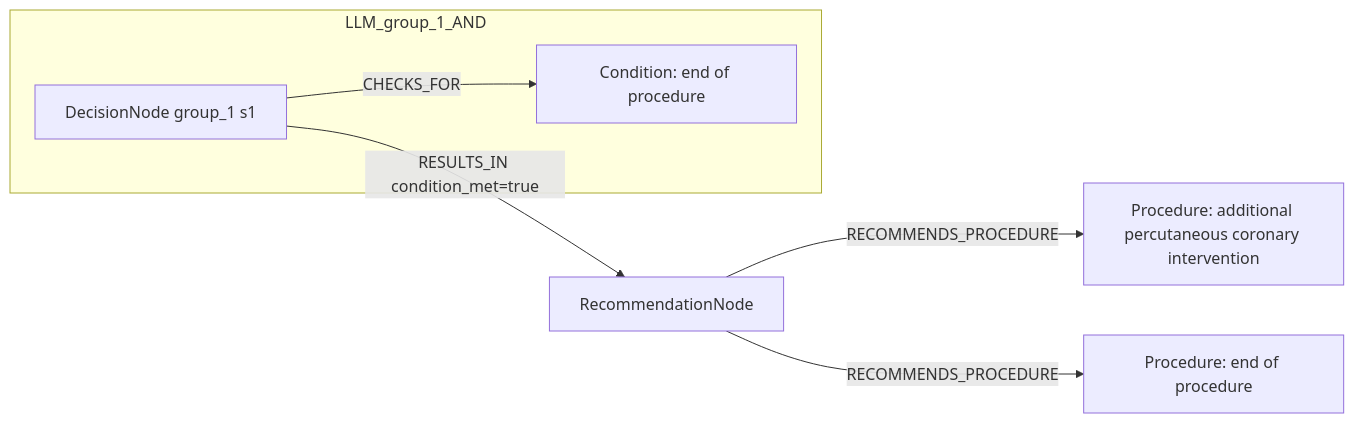
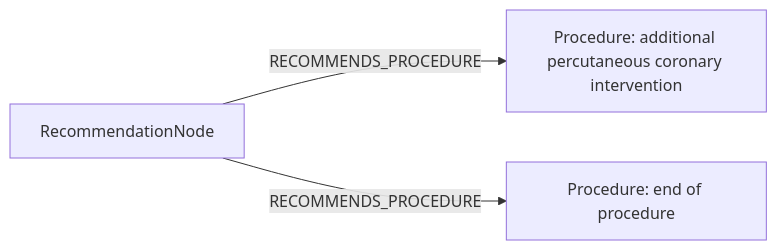
The second of 2 diagrams in docs/table22_rows_comparison/row_19.md (dieterich-lab/CardioGuidelinesGraph), drawn with Mermaid before and after one commit. The commit also changed other lines of this file and 20 other files, not shown here.

````diff
--- a/docs/table22_rows_comparison/row_19.md
+++ b/docs/table22_rows_comparison/row_19.md
@@ -209,14 +205,8 @@
 ```mermaid
 graph LR
   REC[RecommendationNode]
   ACT1[Procedure: additional percutaneous coronary intervention]
   REC -->|RECOMMENDS_PROCEDURE| ACT1
   ACT2[Procedure: end of procedure]
   REC -->|RECOMMENDS_PROCEDURE| ACT2
-  subgraph LLM_group_1_AND
-    D_group_1_1[DecisionNode group_1 s1]
-    C_group_1_1[Condition: end of procedure]
-    D_group_1_1 -->|CHECKS_FOR| C_group_1_1
-  end
-  D_group_1_1 -->|RESULTS_IN condition_met=true| REC
 ```
````
